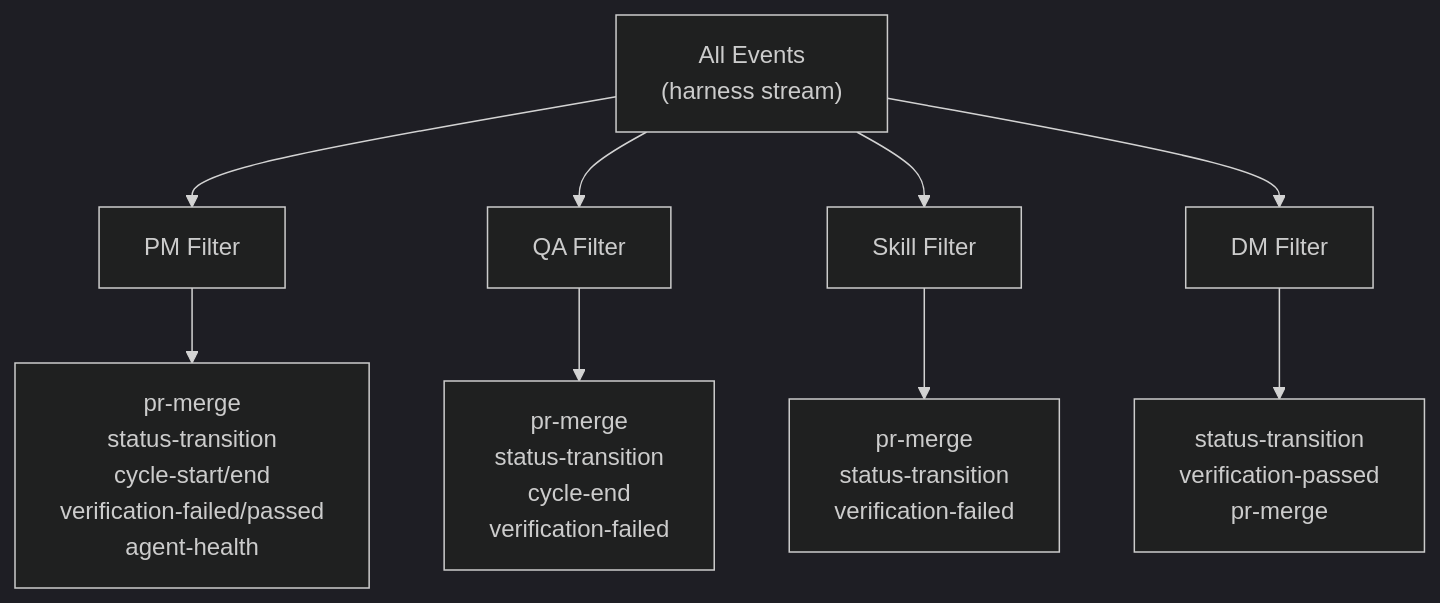
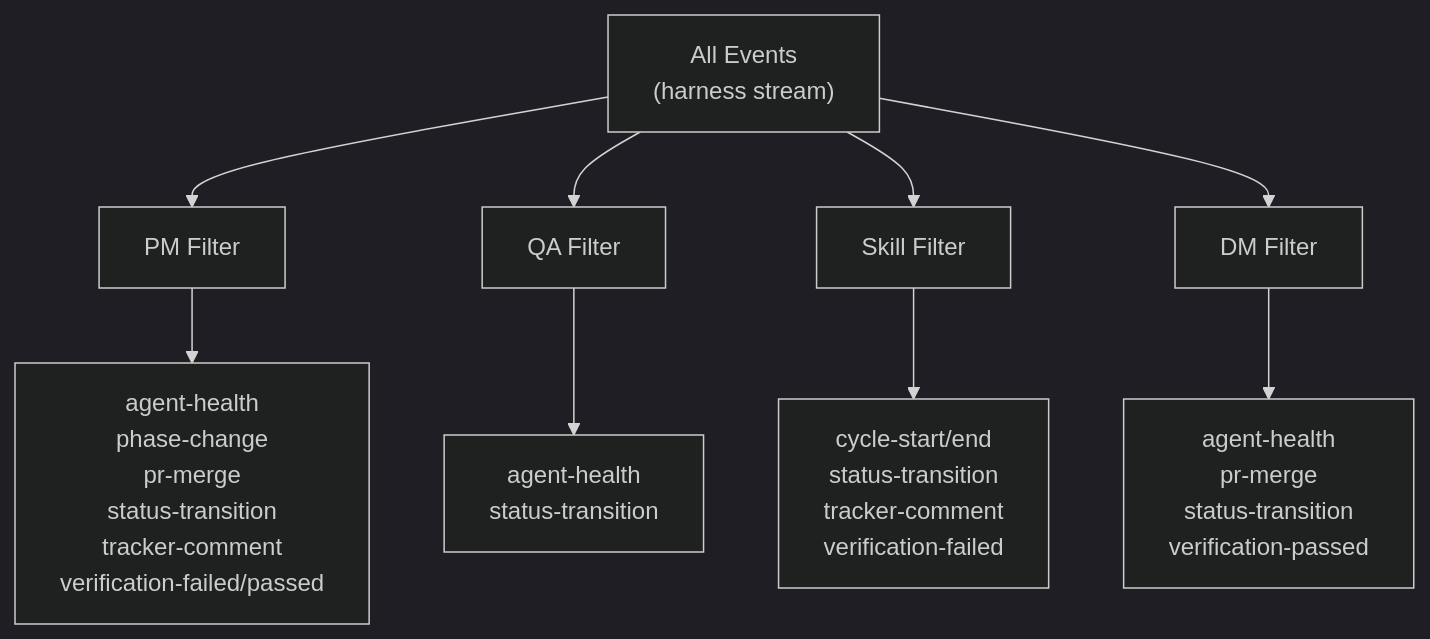
The third of 6 diagrams in docs/event-bus.md (WallyDoodlez/SquidSquad), drawn with Mermaid (dark theme) before and after one commit. The commit also changed other lines of this file and 1 other file, not shown here.

Commit message:
pm: pm: cycle 1117 — quiet, #6126 pending-test, #6085 QA-rejected back to DM

````diff
--- a/docs/event-bus.md
+++ b/docs/event-bus.md
@@ -120,17 +130,17 @@
 ```mermaid
 graph TD
     EVENTS["All Events<br/>(harness stream)"]
 
     EVENTS --> PM_FILTER["PM Filter"]
     EVENTS --> QA_FILTER["QA Filter"]
     EVENTS --> SKILL_FILTER["Skill Filter"]
     EVENTS --> DM_FILTER["DM Filter"]
 
-    PM_FILTER --> PM_EVENTS["pr-merge<br/>status-transition<br/>cycle-start/end<br/>verification-failed/passed<br/>agent-health"]
+    PM_FILTER --> PM_EVENTS["agent-health<br/>phase-change<br/>pr-merge<br/>status-transition<br/>tracker-comment<br/>verification-failed/passed"]
 
-    QA_FILTER --> QA_EVENTS["pr-merge<br/>status-transition<br/>cycle-end<br/>verification-failed"]
+    QA_FILTER --> QA_EVENTS["agent-health<br/>status-transition"]
 
-    SKILL_FILTER --> SKILL_EVENTS["pr-merge<br/>status-transition<br/>verification-failed"]
+    SKILL_FILTER --> SKILL_EVENTS["cycle-start/end<br/>status-transition<br/>tracker-comment<br/>verification-failed"]
 
-    DM_FILTER --> DM_EVENTS["status-transition<br/>verification-passed<br/>pr-merge"]
+    DM_FILTER --> DM_EVENTS["agent-health<br/>pr-merge<br/>status-transition<br/>verification-passed"]
 ```
````
